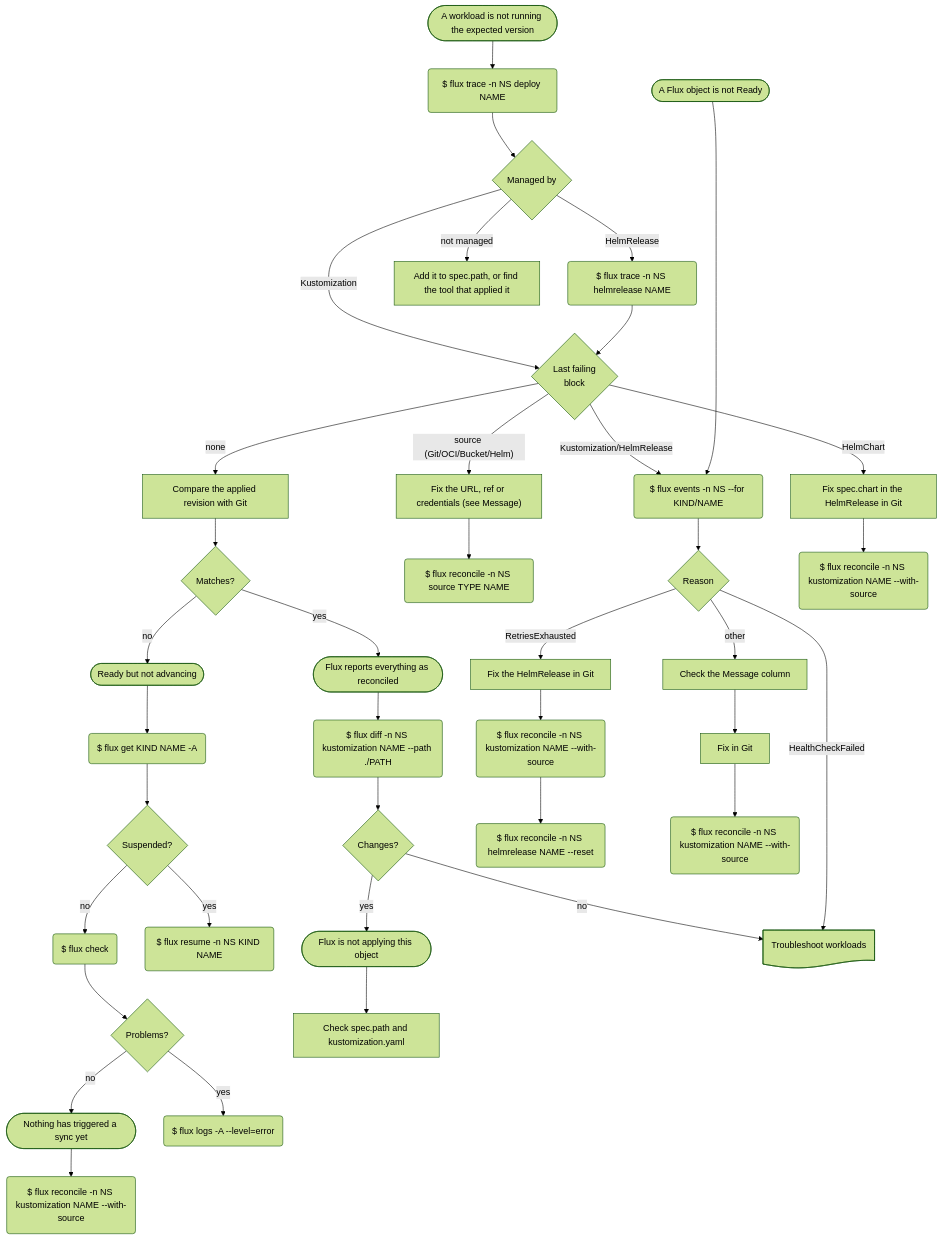
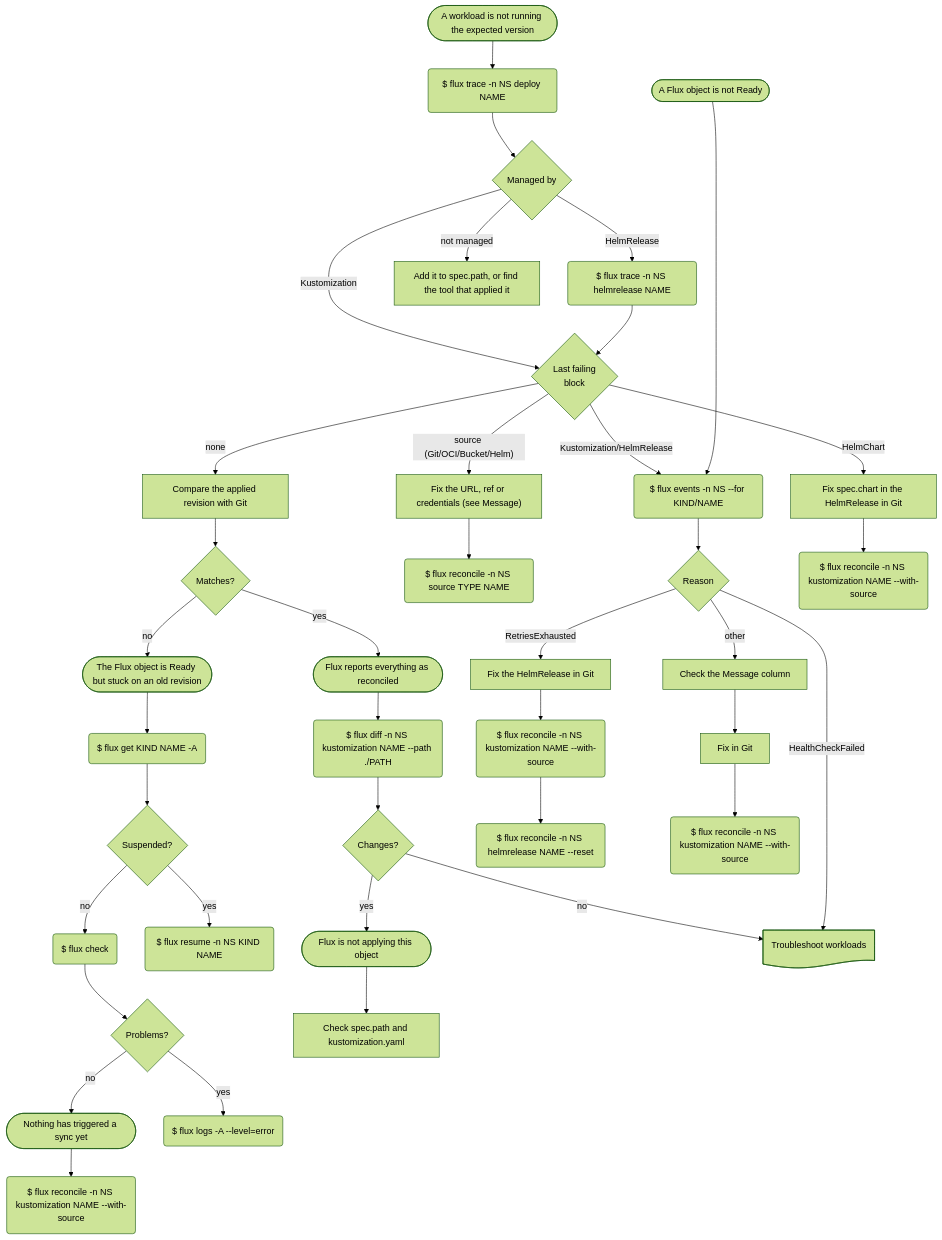
The diagram in diagrams/flux.mmd (nth-root/flowcharts), drawn with Mermaid (forest theme) before and after one commit.

Commit message:
Clarify NotAdvancing

```diff
--- a/diagrams/flux.mmd
+++ b/diagrams/flux.mmd
@@ -1,47 +1,47 @@
 %% SPDX-FileCopyrightText: 2026 Nth Root Software Consultancy
 %% SPDX-License-Identifier: CC-BY-4.0
 
 flowchart TD
     Reported([A workload is not running the expected version]):::situation --> Trace
     Trace($ flux trace -n NS deploy NAME):::cmd
 
     Trace --> Owned{Managed by}:::choice
 
     NotReady([A Flux object is not Ready]):::situation
     NotReady ~~~ Owned
 
     Owned -->|Kustomization| FailingObject{Last failing<br>block}:::choice
     Owned -->|HelmRelease| TraceHelmRelease($ flux trace -n NS helmrelease NAME):::cmd --> FailingObject
     Owned -->|not managed| Unmanaged[Add it to spec.path, or find the tool that applied it]
 
     FailingObject -->|none| CheckRevision[Compare the applied revision with Git]
 
     CheckRevision --> Matches{Matches?}:::choice
-    Matches -->|no| NotAdvancing([Ready but not advancing]):::situation --> FluxGet($ flux get KIND NAME -A):::cmd
+    Matches -->|no| NotAdvancing([The Flux object is Ready but stuck on an old revision]):::situation --> FluxGet($ flux get KIND NAME -A):::cmd
 
     FluxGet --> Suspended{Suspended?}:::choice
     Suspended -->|no| FluxCheck($ flux check):::cmd --> FluxUnhealthy{Problems?}:::choice
     Suspended -->|yes| Resume($ flux resume -n NS KIND NAME):::cmd
 
     Resume ~~~ FluxUnhealthy
 
     FluxUnhealthy -->|no| NoSyncTriggered([Nothing has triggered a sync yet]):::situation --> ReconcileStale($ flux reconcile -n NS kustomization NAME --with-source):::cmd
     FluxUnhealthy -->|yes| FluxLogs($ flux logs -A --level=error):::cmd
 
     FailingObject -->|"source (Git/OCI/Bucket/Helm)"| FixSource["Fix the URL, ref or credentials (see Message)"] --> ReconcileSource($ flux reconcile -n NS source TYPE NAME):::cmd
 
     FailingObject -->|Kustomization/HelmRelease| GetEvents($ flux events -n NS --for KIND/NAME):::cmd
 
     Matches -->|yes| Reconciled([Flux reports everything as reconciled]):::situation --> DiffKustomization($ flux diff -n NS kustomization NAME --path ./PATH):::cmd --> Changes{Changes?}:::choice
     Changes -->|yes| NotApplied([Flux is not applying this object]):::situation --> CheckKustomization[Check spec.path and kustomization.yaml]
     Changes -->|no| CheckPodIssues:::ref@{ shape: doc, label: "Troubleshoot workloads" }
 
     NotReady --> GetEvents
     GetEvents --> Reason{Reason}:::choice
     Reason -->|RetriesExhausted| FixHelmRelease[Fix the HelmRelease in Git]
     FixHelmRelease --> ReconcileHelmKustomization("$ flux reconcile -n NS kustomization NAME --with-source"):::cmd --> ReconcileHelmRelease("$ flux reconcile -n NS helmrelease NAME --reset"):::cmd
 
     Reason -->|HealthCheckFailed| CheckPodIssues
     Reason -->|other| CheckMessage[Check the Message column] --> FixIssue[Fix in Git] --> Reconcile($ flux reconcile -n NS kustomization NAME --with-source):::cmd
 
     FailingObject -->|HelmChart| FixChart[Fix spec.chart in the HelmRelease in Git] --> ReconcileChart($ flux reconcile -n NS kustomization NAME --with-source):::cmd
```
